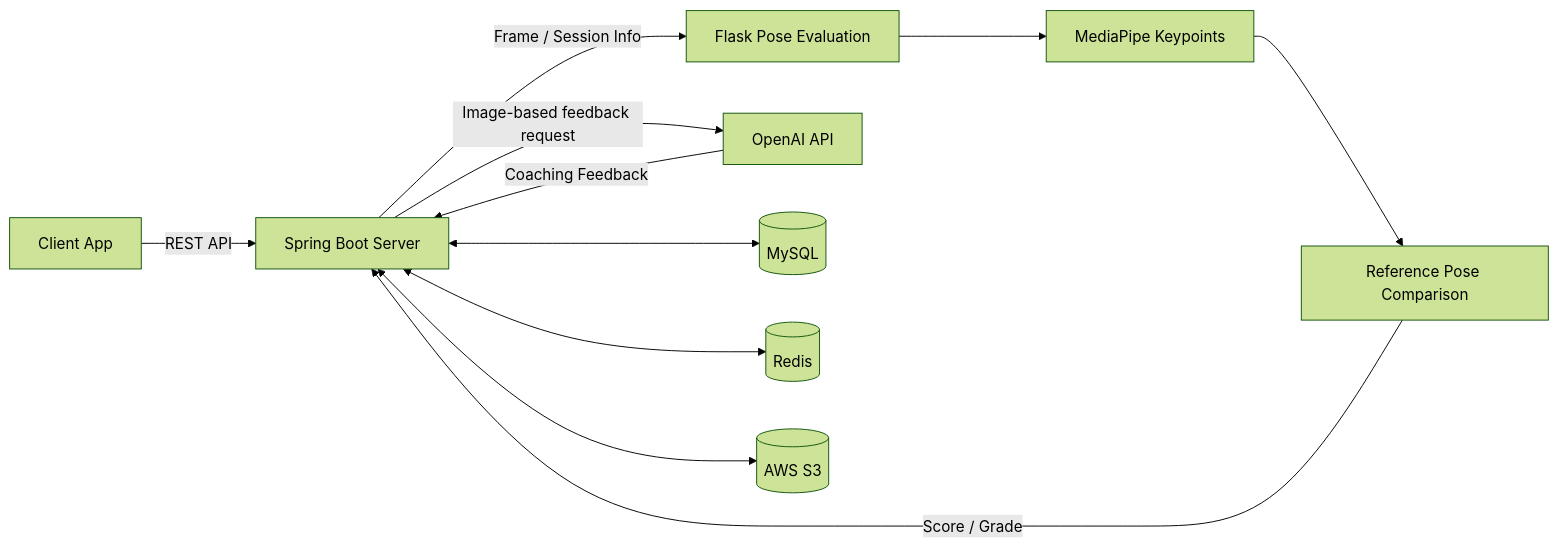
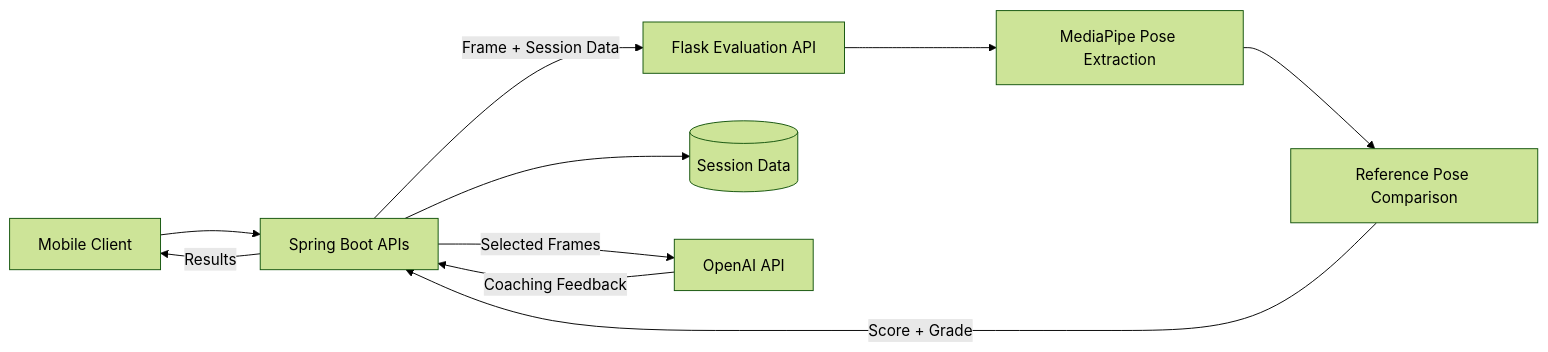
The diagram in README.md (uoohop88/Danzle-AI-Backend), drawn with Mermaid (forest theme) before and after one commit. The commit also changed other lines of this file, not shown here.

````diff
--- a/README.md
+++ b/README.md
@@ -54,13 +60,12 @@
 ```mermaid
 flowchart LR
-    A[Client App] -->|REST API| B[Spring Boot Server]
-    B -->|Frame / Session Info| C[Flask Pose Evaluation]
-    C --> D[MediaPipe Keypoints]
+    A[Mobile Client] --> B[Spring Boot APIs]
+    B -->|Frame + Session Data| C[Flask Evaluation API]
+    C --> D[MediaPipe Pose Extraction]
     D --> E[Reference Pose Comparison]
-    E -->|Score / Grade| B
-    B -->|Image-based feedback request| F[OpenAI API]
-    F -->|Coaching Feedback| B
-    B <--> G[(MySQL)]
-    B <--> H[(Redis)]
-    B <--> I[(AWS S3)]
+    E -->|Score + Grade| B
+    B --> F[(Session Data)]
+    B -->|Selected Frames| G[OpenAI API]
+    G -->|Coaching Feedback| B
+    B -->|Results| A
 ```
````
